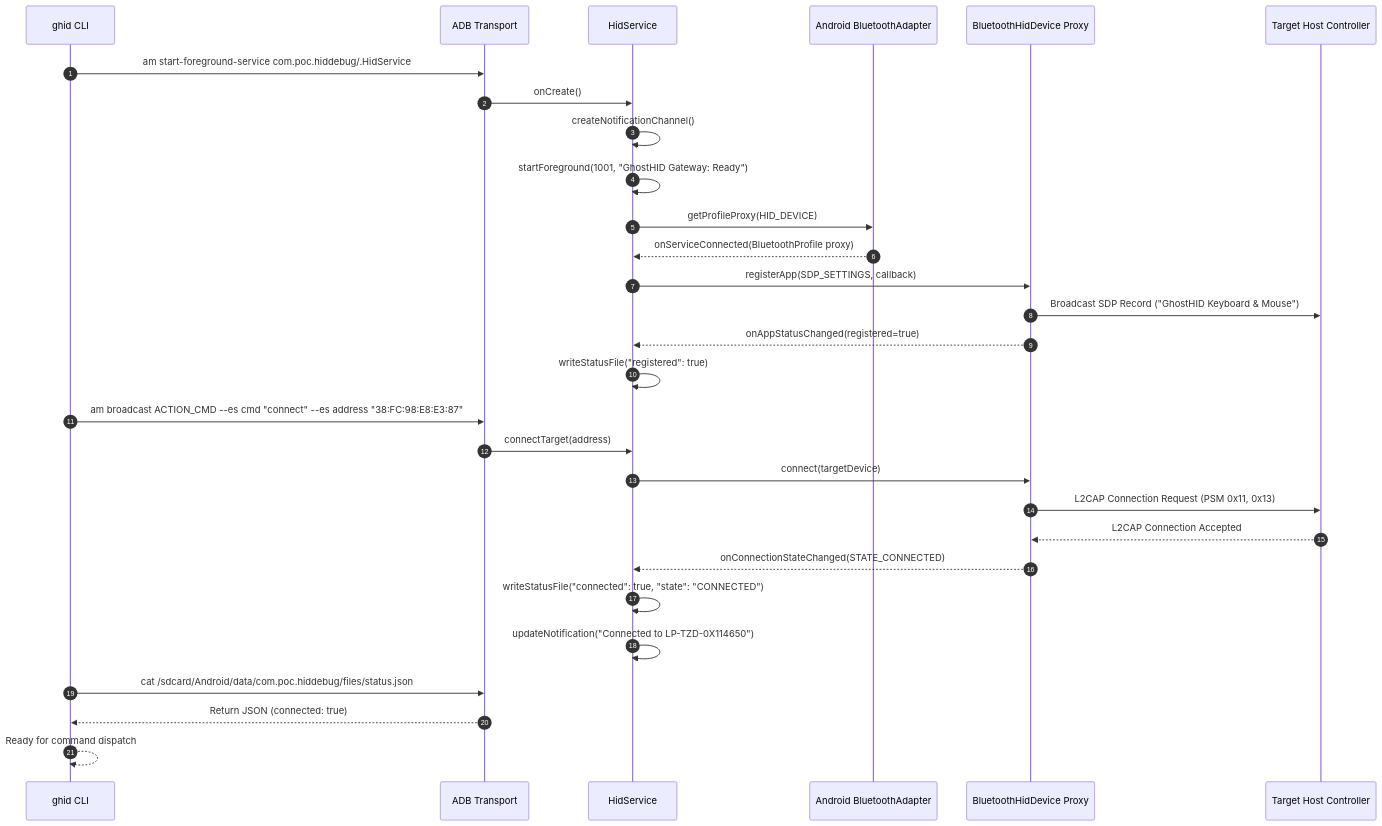
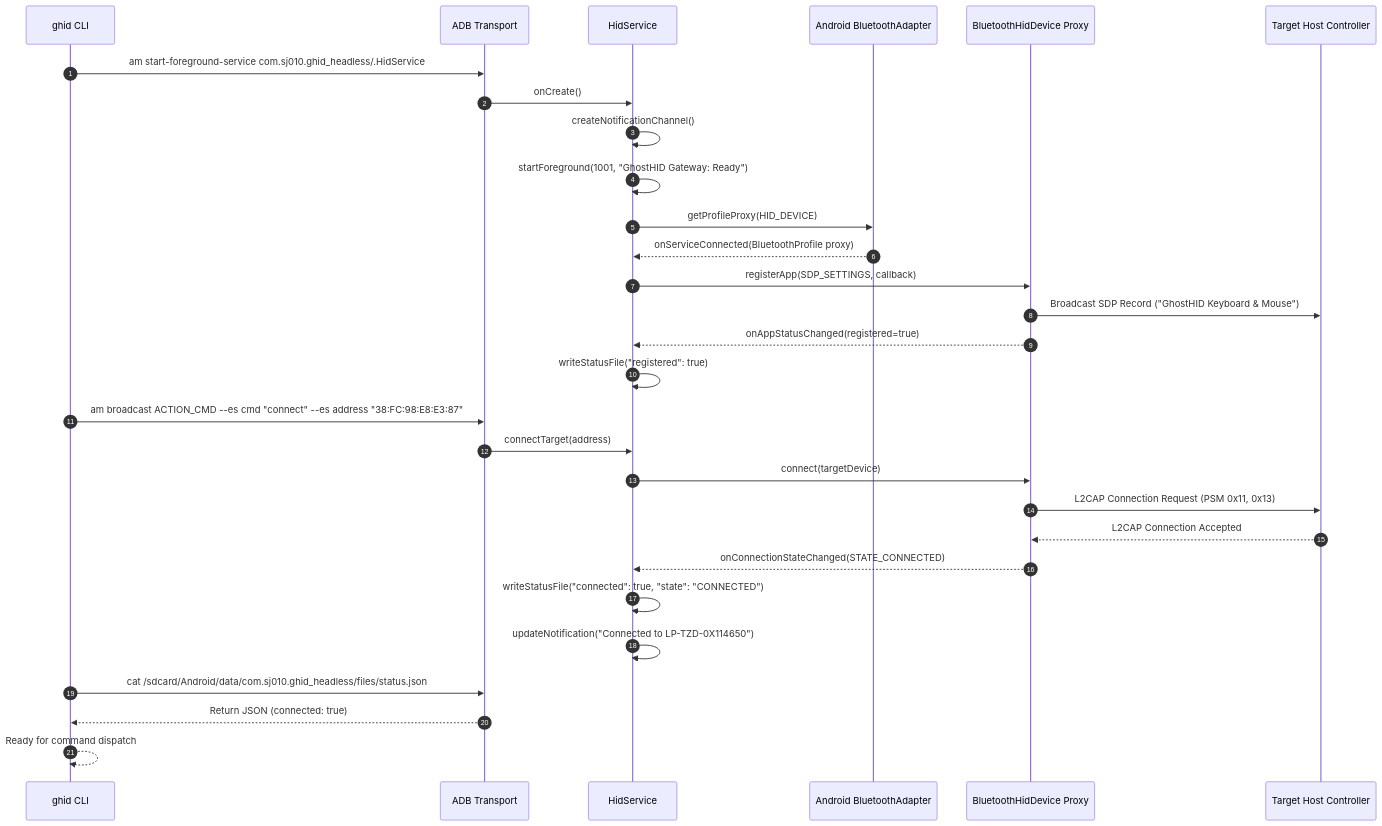
One commit to ShubhamJ010/ghid-cli changed the third of 7 diagrams in docs/flows.md. Above: the diagram before and after it, drawn with Mermaid. The commit also changed other lines of this file and 125 other files, not shown here.

Commit message:
refactor: rename packages to com.sj010.ghid and com.sj010.ghid_headless

````diff
--- a/docs/flows.md
+++ b/docs/flows.md
@@ -141,35 +141,35 @@
 ```mermaid
 sequenceDiagram
     autonumber
     participant CLI as ghid CLI
     participant ADB as ADB Transport
     participant Service as HidService
     participant BTAdapter as Android BluetoothAdapter
     participant BTDaemon as BluetoothHidDevice Proxy
     participant Host as Target Host Controller
 
-    CLI->>ADB: am start-foreground-service com.poc.hiddebug/.HidService
+    CLI->>ADB: am start-foreground-service com.sj010.ghid_headless/.HidService
     ADB->>Service: onCreate()
     Service->>Service: createNotificationChannel()
     Service->>Service: startForeground(1001, "GhostHID Gateway: Ready")
     Service->>BTAdapter: getProfileProxy(HID_DEVICE)
     BTAdapter-->>Service: onServiceConnected(BluetoothProfile proxy)
     
     Service->>BTDaemon: registerApp(SDP_SETTINGS, callback)
     BTDaemon->>Host: Broadcast SDP Record ("GhostHID Keyboard & Mouse")
     BTDaemon-->>Service: onAppStatusChanged(registered=true)
     Service->>Service: writeStatusFile("registered": true)
 
     CLI->>ADB: am broadcast ACTION_CMD --es cmd "connect" --es address "38:FC:98:E8:E3:87"
     ADB->>Service: connectTarget(address)
     Service->>BTDaemon: connect(targetDevice)
     BTDaemon->>Host: L2CAP Connection Request (PSM 0x11, 0x13)
     Host-->>BTDaemon: L2CAP Connection Accepted
     BTDaemon-->>Service: onConnectionStateChanged(STATE_CONNECTED)
     Service->>Service: writeStatusFile("connected": true, "state": "CONNECTED")
     Service->>Service: updateNotification("Connected to LP-TZD-0X114650")
     
-    CLI->>ADB: cat /sdcard/Android/data/com.poc.hiddebug/files/status.json
+    CLI->>ADB: cat /sdcard/Android/data/com.sj010.ghid_headless/files/status.json
     ADB-->>CLI: Return JSON (connected: true)
     CLI-->>CLI: Ready for command dispatch
 ```
````
